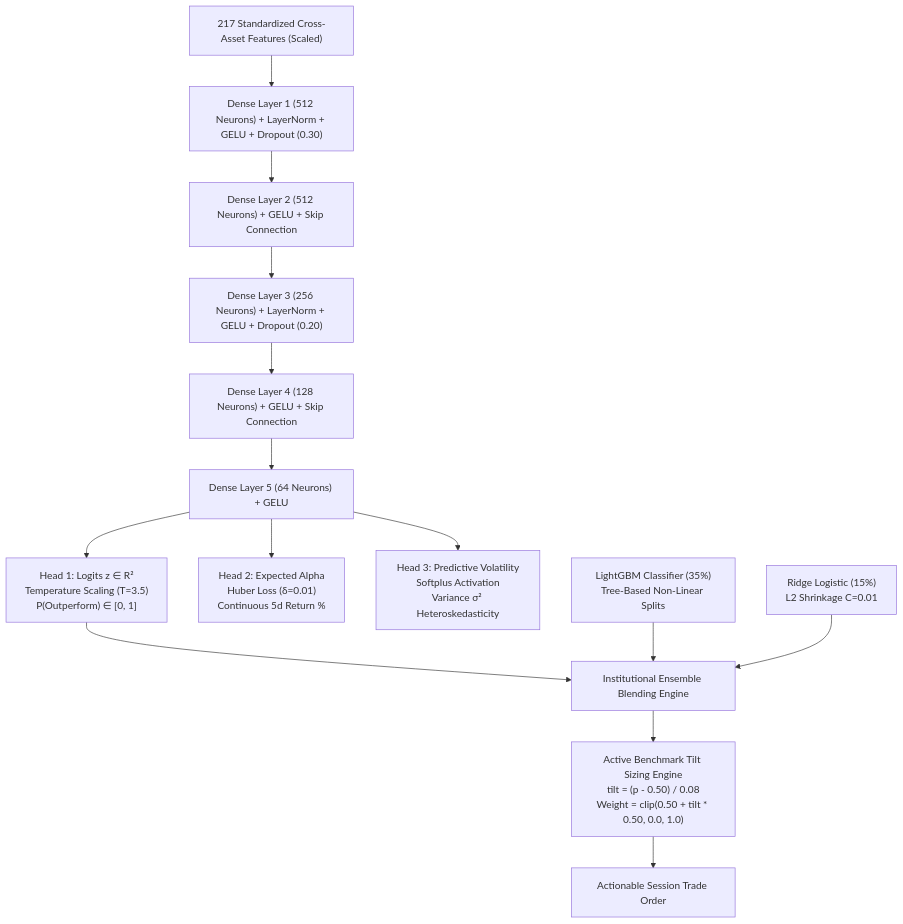
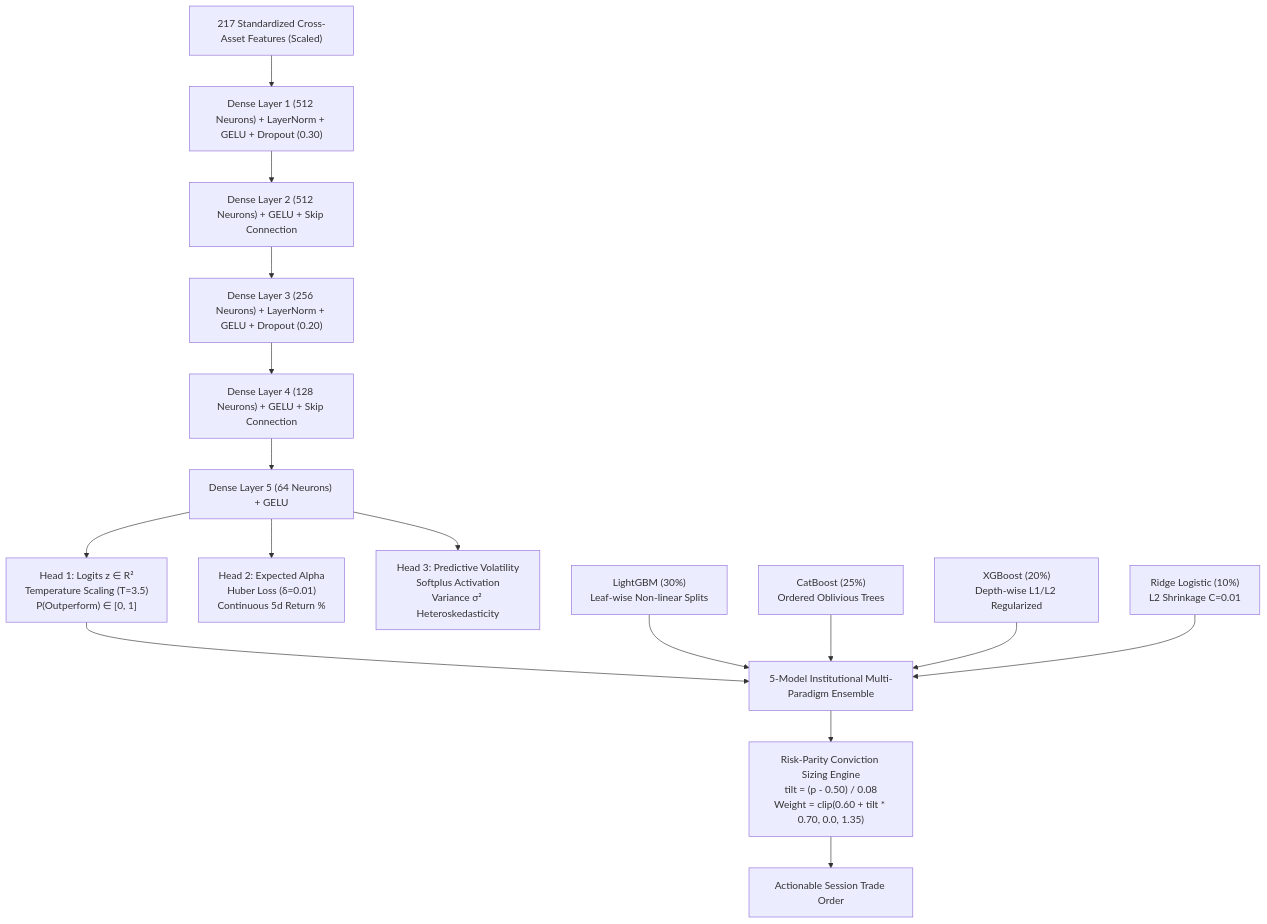
Before and after one commit to NotACheeto/coca-cola-ml-trading: the second of 3 diagrams in README.md, drawn with Mermaid. The commit also changed other lines of this file and 9 other files, not shown here.

Commit message:
feat(quant): implement canonical institutional quantitative strategy suite (Kalman StatArb, TSMOM, Cross-Asset Lead-Lag, Macro Regime, Triple Barrier Meta-Labeling, and Multi-Strategy Combiner)

````diff
--- a/README.md
+++ b/README.md
@@ -121,20 +121,22 @@
 ```mermaid
 graph TD
     Input["217 Standardized Cross-Asset Features (Scaled)"] --> Dense1["Dense Layer 1 (512 Neurons) + LayerNorm + GELU + Dropout (0.30)"]
     Dense1 --> ResBlock1["Dense Layer 2 (512 Neurons) + GELU + Skip Connection"]
     ResBlock1 --> Dense3["Dense Layer 3 (256 Neurons) + LayerNorm + GELU + Dropout (0.20)"]
     Dense3 --> ResBlock2["Dense Layer 4 (128 Neurons) + GELU + Skip Connection"]
     Dense4["Dense Layer 5 (64 Neurons) + GELU"]
     ResBlock2 --> Dense4
     
     Dense4 --> Head1["Head 1: Logits z ∈ R²<br/>Temperature Scaling (T=3.5)<br/>P(Outperform) ∈ [0, 1]"]
     Dense4 --> Head2["Head 2: Expected Alpha<br/>Huber Loss (δ=0.01)<br/>Continuous 5d Return %"]
     Dense4 --> Head3["Head 3: Predictive Volatility<br/>Softplus Activation<br/>Variance σ² Heteroskedasticity"]
 
-    Head1 --> Ensemble["Institutional Ensemble Blending Engine"]
-    LGBM["LightGBM Classifier (35%)<br/>Tree-Based Non-Linear Splits"] --> Ensemble
-    Ridge["Ridge Logistic (15%)<br/>L2 Shrinkage C=0.01"] --> Ensemble
+    Head1 --> Ensemble["5-Model Institutional Multi-Paradigm Ensemble"]
+    LGBM["LightGBM (30%)<br/>Leaf-wise Non-linear Splits"] --> Ensemble
+    CB["CatBoost (25%)<br/>Ordered Oblivious Trees"] --> Ensemble
+    XGB["XGBoost (20%)<br/>Depth-wise L1/L2 Regularized"] --> Ensemble
+    Ridge["Ridge Logistic (10%)<br/>L2 Shrinkage C=0.01"] --> Ensemble
     
-    Ensemble --> Tilt["Active Benchmark Tilt Sizing Engine<br/>tilt = (p - 0.50) / 0.08<br/>Weight = clip(0.50 + tilt * 0.50, 0.0, 1.0)"]
+    Ensemble --> Tilt["Risk-Parity Conviction Sizing Engine<br/>tilt = (p - 0.50) / 0.08<br/>Weight = clip(0.60 + tilt * 0.70, 0.0, 1.35)"]
     Tilt --> Decision["Actionable Session Trade Order"]
 ```
````
